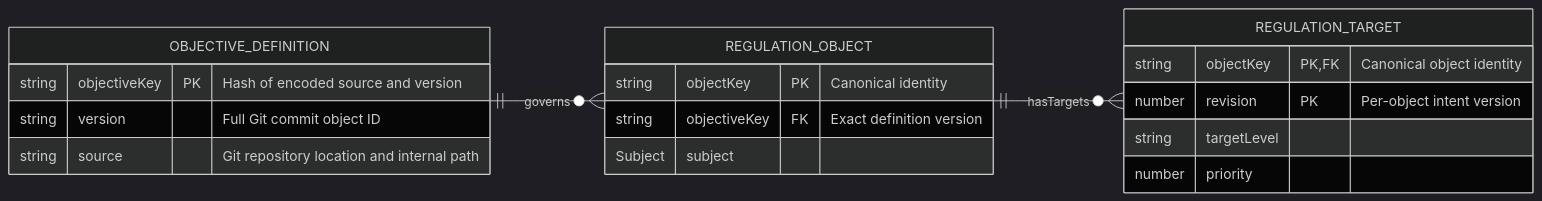
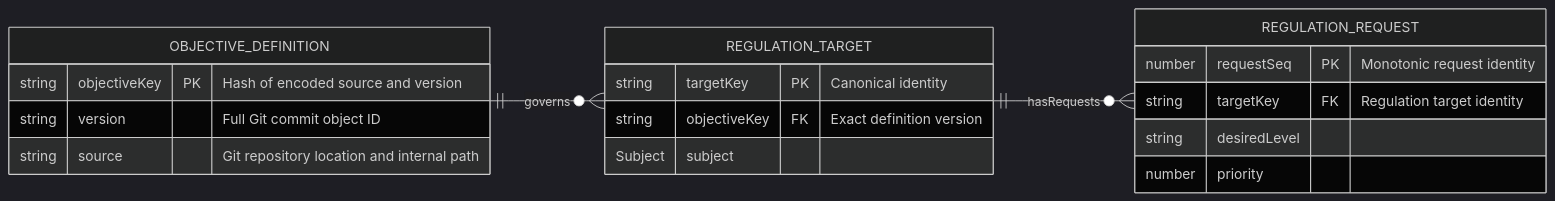
One commit to shazhou-ww/potential-guide changed the first of 2 diagrams in .silvermoon/ideas/01M5E7N9F5Y0ZN1SYKDFYEVA20/outer/inner/ideal/Types.md. Above: the diagram before and after it, drawn with Mermaid (dark theme). The commit also changed other lines of this file and 6 other files, not shown here.

Commit message:
docs: distinguish regulation targets requests and execution

````diff
--- a/.silvermoon/ideas/01M5E7N9F5Y0ZN1SYKDFYEVA20/outer/inner/ideal/Types.md
+++ b/.silvermoon/ideas/01M5E7N9F5Y0ZN1SYKDFYEVA20/outer/inner/ideal/Types.md
@@ -43,23 +43,23 @@
 ```mermaid
 erDiagram
     direction LR
-    OBJECTIVE_DEFINITION ||--o{ REGULATION_OBJECT : governs
-    REGULATION_OBJECT ||--o{ REGULATION_TARGET : hasTargets
+    OBJECTIVE_DEFINITION ||--o{ REGULATION_TARGET : governs
+    REGULATION_TARGET ||--o{ REGULATION_REQUEST : hasRequests
 
     OBJECTIVE_DEFINITION {
         string objectiveKey PK "Hash of encoded source and version"
         string version "Full Git commit object ID"
         string source "Git repository location and internal path"
     }
-    REGULATION_TARGET {
-        string objectKey PK, FK "Canonical object identity"
-        number revision PK "Per-object intent version"
-        string targetLevel
+    REGULATION_REQUEST {
+        number requestSeq PK "Monotonic request identity"
+        string targetKey FK "Regulation target identity"
+        string desiredLevel
         number priority
     }
-    REGULATION_OBJECT {
-        string objectKey PK "Canonical identity"
+    REGULATION_TARGET {
+        string targetKey PK "Canonical identity"
         string objectiveKey FK "Exact definition version"
         Subject subject
     }
 ```
````
